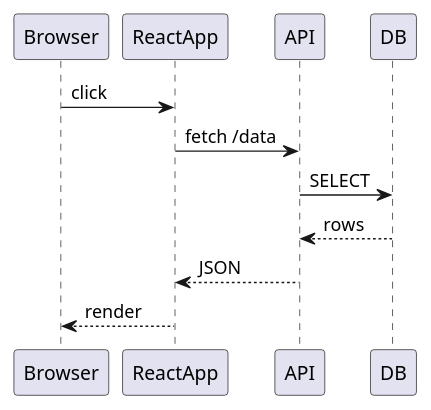
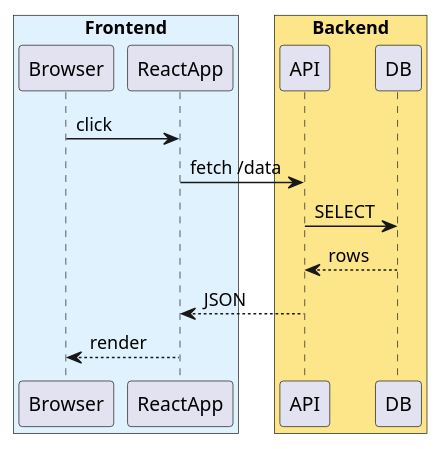
Before and after one commit to alliecatowo/puml: the diagram in docs/examples/sequence/09_box.puml, drawn with PlantUML. The commit also changed 7 other files, not shown here.

First line of the commit message:
fix(render): render sequence participant box groups

```diff
--- a/docs/examples/sequence/09_box.puml
+++ b/docs/examples/sequence/09_box.puml
@@ -1,12 +1,16 @@
 @startuml
+box "Frontend" #e0f2fe
 participant Browser
 participant ReactApp
+end box
+box "Backend" #fde68a
 participant API
 participant DB
+end box
 Browser -> ReactApp: click
 ReactApp -> API: fetch /data
 API -> DB: SELECT
 DB --> API: rows
 API --> ReactApp: JSON
 ReactApp --> Browser: render
 @enduml
```
